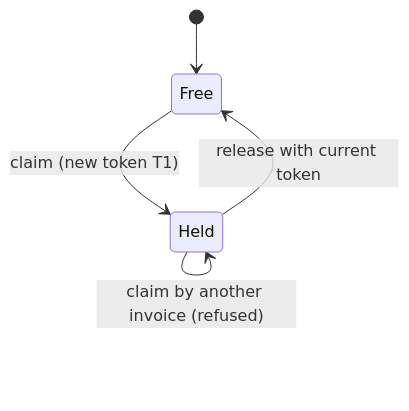
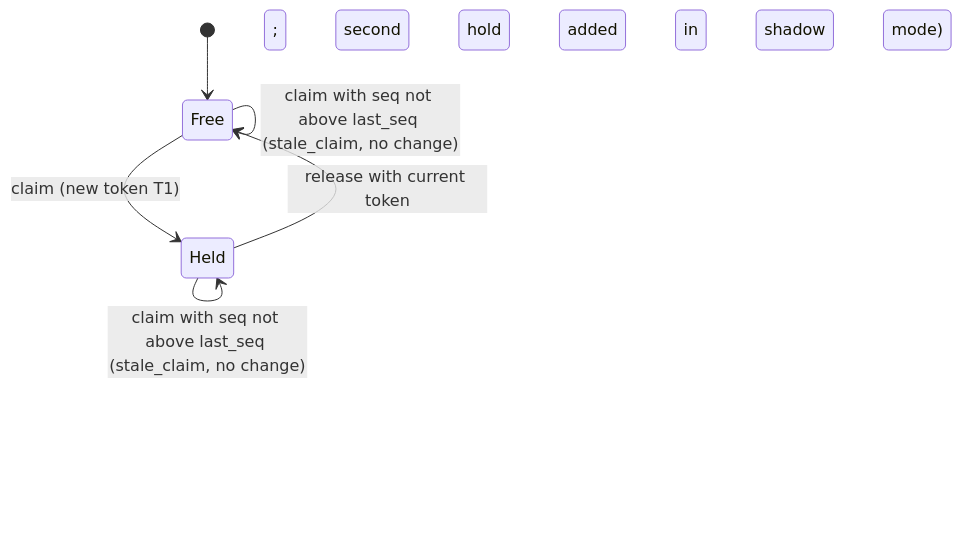
Before and after one commit to Homie-Improvement/miru: the third of 4 diagrams in docs/architecture/timekeeping-soa.md, drawn with Mermaid. The commit also changed other lines of this file, not shown here.

First line of the commit message:
docs: harden hold ordering and cutover steps in timekeeping design

````diff
--- a/docs/architecture/timekeeping-soa.md
+++ b/docs/architecture/timekeeping-soa.md
@@ -454,10 +468,12 @@
 ```mermaid
 stateDiagram-v2
   [*] --> Free
   Free --> Held: claim (new token T1)
   Held --> Held: claim, same invoice + same association (returns T1)
   Held --> Held: claim, same invoice + new association (token T1 replaced by T2)
   Held --> Free: release with current token
   Held --> Held: release with old token (no change)
-  Held --> Held: claim by another invoice (refused)
+  Held --> Held: claim by another invoice (refused when enforced; second hold added in shadow mode)
+  Held --> Held: claim with seq not above last_seq (stale_claim, no change)
+  Free --> Free: claim with seq not above last_seq (stale_claim, no change)
 ```
````
